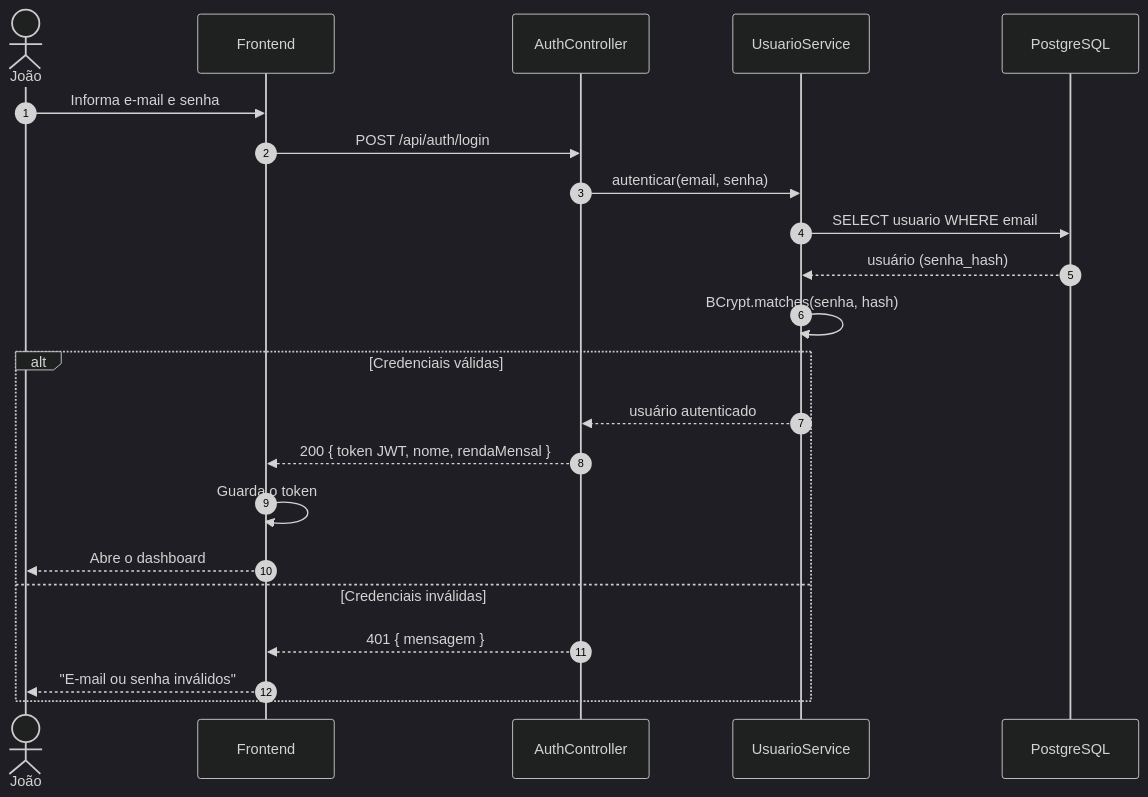
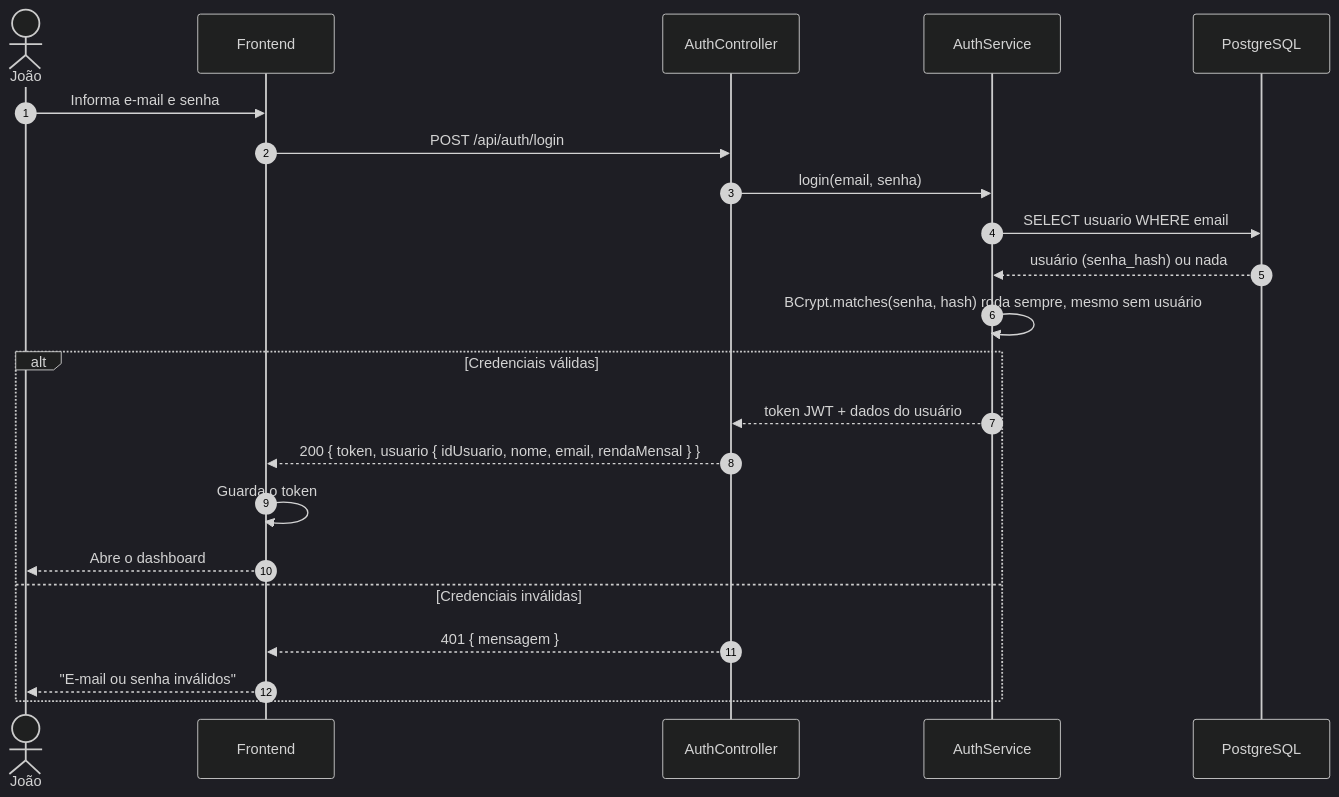
One commit to jmarcosvm/IFO-Organizador-Financeiro changed the third of 12 diagrams in docs/05-diagramas.md. Above: the diagram before and after it, drawn with Mermaid (dark theme). The commit also changed other lines of this file and 7 other files, not shown here.

Commit message:
docs: corrige diagramas e atualiza o PDF do seminário (R5 parte 4)

````diff
--- a/docs/05-diagramas.md
+++ b/docs/05-diagramas.md
@@ -177,25 +208,25 @@
 ```mermaid
 sequenceDiagram
     autonumber
     actor J as João
     participant FE as Frontend
     participant API as AuthController
-    participant SVC as UsuarioService
+    participant SVC as AuthService
     participant DB as PostgreSQL
 
     J->>FE: Informa e-mail e senha
     FE->>API: POST /api/auth/login
-    API->>SVC: autenticar(email, senha)
+    API->>SVC: login(email, senha)
     SVC->>DB: SELECT usuario WHERE email
-    DB-->>SVC: usuário (senha_hash)
-    SVC->>SVC: BCrypt.matches(senha, hash)
+    DB-->>SVC: usuário (senha_hash) ou nada
+    SVC->>SVC: BCrypt.matches(senha, hash) roda sempre, mesmo sem usuário
     alt Credenciais válidas
-        SVC-->>API: usuário autenticado
-        API-->>FE: 200 { token JWT, nome, rendaMensal }
+        SVC-->>API: token JWT + dados do usuário
+        API-->>FE: 200 { token, usuario { idUsuario, nome, email, rendaMensal } }
         FE->>FE: Guarda o token
         FE-->>J: Abre o dashboard
     else Credenciais inválidas
         API-->>FE: 401 { mensagem }
         FE-->>J: "E-mail ou senha inválidos"
     end
 ```
````
